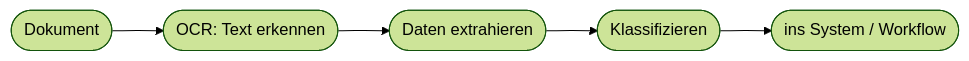
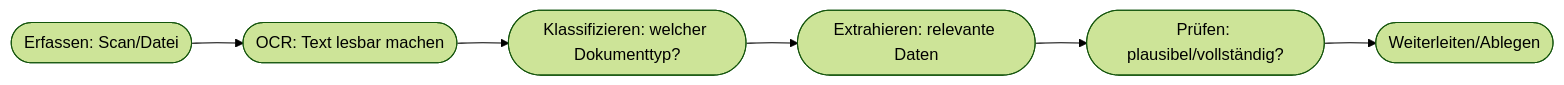
One commit to Qualidy/Prompt-Engineering-KI-in-der-Arbeitswelt changed the diagram in docs/content/kapitel28.md. Above: the diagram before and after it, drawn with Mermaid (forest theme). The commit also changed other lines of this file and 80 other files, not shown here.

````diff
--- a/docs/content/kapitel28.md
+++ b/docs/content/kapitel28.md
@@ -20,7 +28,8 @@
 ```mermaid
 flowchart LR
-    A([Dokument]) --> B([OCR: Text erkennen])
-    B --> C([Daten extrahieren])
-    C --> D([Klassifizieren])
-    D --> E([ins System / Workflow])
+    A([Erfassen: Scan/Datei]) --> B([OCR: Text lesbar machen])
+    B --> C([Klassifizieren: welcher Dokumenttyp?])
+    C --> D([Extrahieren: relevante Daten])
+    D --> E([Prüfen: plausibel/vollständig?])
+    E --> F([Weiterleiten/Ablegen])
 ```
````
